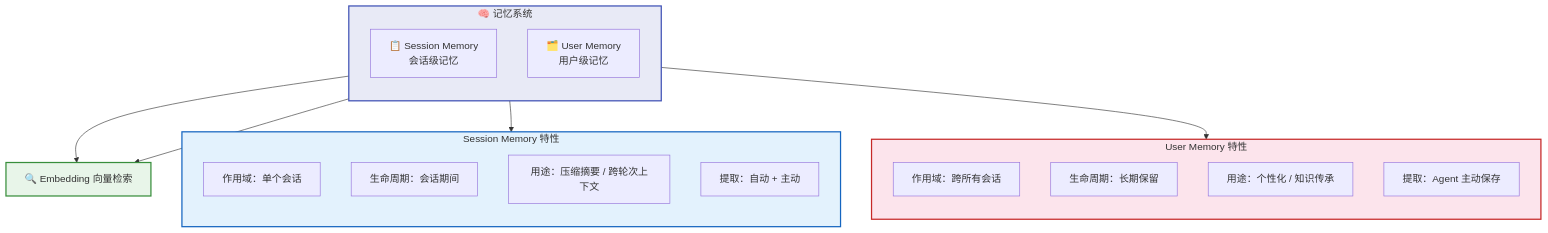
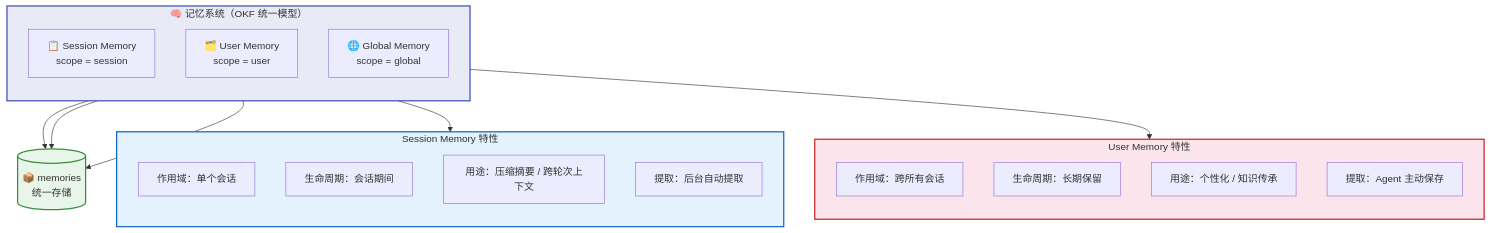
One commit to rtc-agent/docs changed the first of 7 diagrams in src/content/docs/features/memory.md. Above: the diagram before and after it, drawn with Mermaid. The commit also changed other lines of this file and 13 other files, not shown here.

First line of the commit message:
docs(features): add webSearch/webFetch details, update memory to OKF model, keyword retrieval

````diff
--- a/src/content/docs/features/memory.md
+++ b/src/content/docs/features/memory.md
@@ -12,34 +12,36 @@
 ```mermaid
 flowchart TD
-    subgraph MEMORY["🧠 记忆系统"]
+    subgraph MEMORY["🧠 记忆系统（OKF 统一模型）"]
         direction TB
-        SM["📋 Session Memory<br/>会话级记忆"]
-        UM["🗂️ User Memory<br/>用户级记忆"]
+        SM["📋 Session Memory<br/>scope = session"]
+        UM["🗂️ User Memory<br/>scope = user"]
+        GM["🌐 Global Memory<br/>scope = global"]
     end
 
     subgraph SM_DETAIL["Session Memory 特性"]
         direction TB
         SM1["作用域：单个会话"]
         SM2["生命周期：会话期间"]
         SM3["用途：压缩摘要 / 跨轮次上下文"]
-        SM4["提取：自动 + 主动"]
+        SM4["提取：后台自动提取"]
     end
 
     subgraph UM_DETAIL["User Memory 特性"]
         direction TB
         UM1["作用域：跨所有会话"]
         UM2["生命周期：长期保留"]
         UM3["用途：个性化 / 知识传承"]
         UM4["提取：Agent 主动保存"]
     end
 
     SM --> SM_DETAIL
     UM --> UM_DETAIL
-    SM --> EMB["🔍 Embedding 向量检索"]
-    UM --> EMB
+    SM --> DB[("📦 memories<br/>统一存储")]
+    UM --> DB
+    GM --> DB
 
     style MEMORY fill:#e8eaf6,stroke:#3f51b5,stroke-width:2px
     style SM_DETAIL fill:#e3f2fd,stroke:#1565c0,stroke-width:2px
     style UM_DETAIL fill:#fce4ec,stroke:#c62828,stroke-width:2px
-    style EMB fill:#e8f5e9,stroke:#388e3c,stroke-width:2px
+    style DB fill:#e8f5e9,stroke:#388e3c,stroke-width:2px
 ```
````
